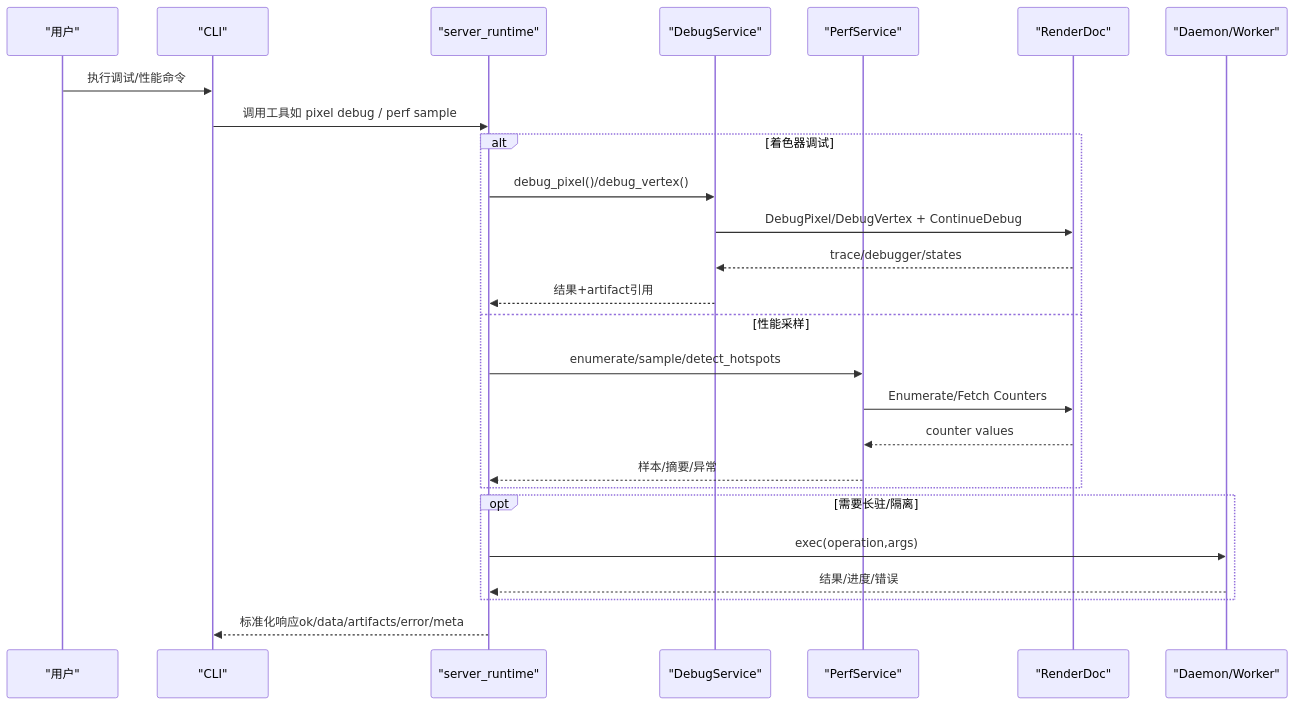
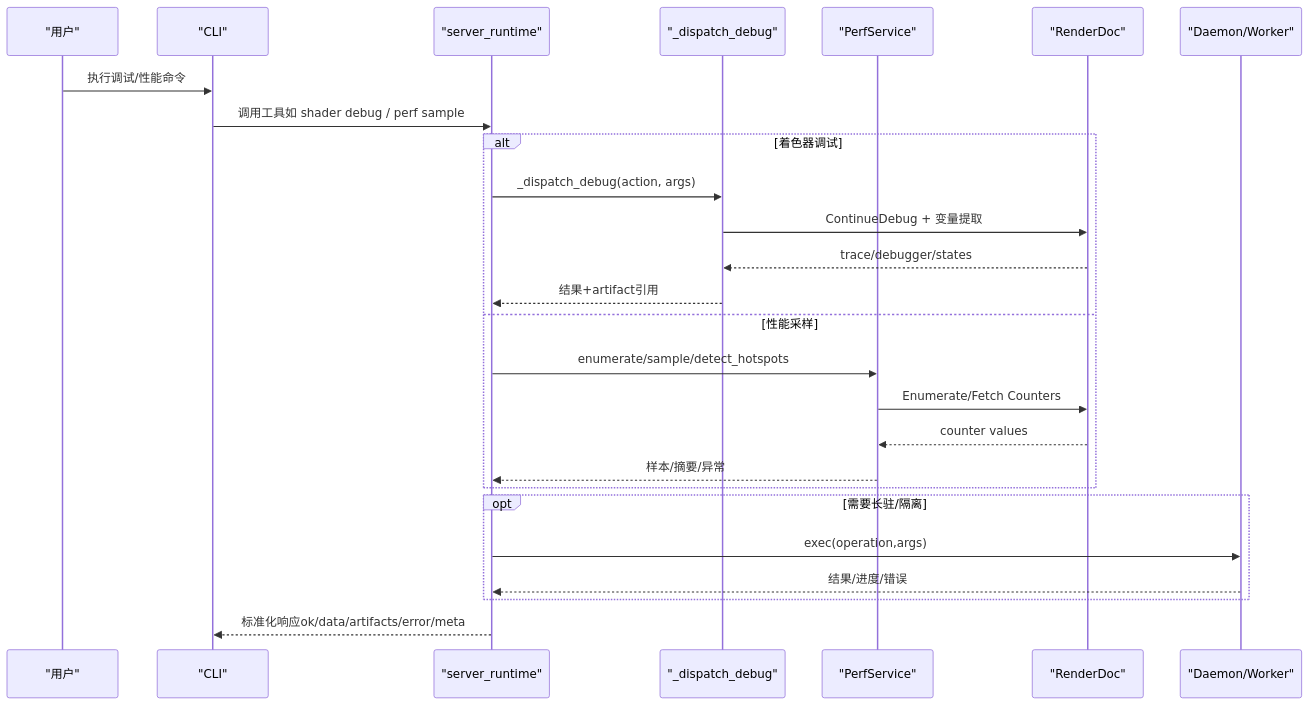
One commit to haolange/RDC-Tool changed the second of 6 diagrams in .qoder/repowiki/zh/content/开发指南/调试指南.md. Above: the diagram before and after it, drawn with Mermaid. The commit also changed other lines of this file and 79 other files, not shown here.

````diff
--- a/.qoder/repowiki/zh/content/开发指南/调试指南.md
+++ b/.qoder/repowiki/zh/content/开发指南/调试指南.md
@@ -85,28 +91,28 @@
 ```mermaid
 sequenceDiagram
 participant U as "用户"
 participant C as "CLI"
 participant S as "server_runtime"
-participant D as "DebugService"
+participant D as "_dispatch_debug"
 participant P as "PerfService"
 participant R as "RenderDoc"
 participant W as "Daemon/Worker"
 U->>C : 执行调试/性能命令
-C->>S : 调用工具如 pixel debug / perf sample
+C->>S : 调用工具如 shader debug / perf sample
 alt 着色器调试
-S->>D : debug_pixel()/debug_vertex()
-D->>R : DebugPixel/DebugVertex + ContinueDebug
+S->>D : _dispatch_debug(action, args)
+D->>R : ContinueDebug + 变量提取
 R-->>D : trace/debugger/states
 D-->>S : 结果+artifact引用
 else 性能采样
 S->>P : enumerate/sample/detect_hotspots
 P->>R : Enumerate/Fetch Counters
 R-->>P : counter values
 P-->>S : 样本/摘要/异常
 end
 opt 需要长驻/隔离
 S->>W : exec(operation,args)
 W-->>S : 结果/进度/错误
 end
 S-->>C : 标准化响应ok/data/artifacts/error/meta
 ```
````
